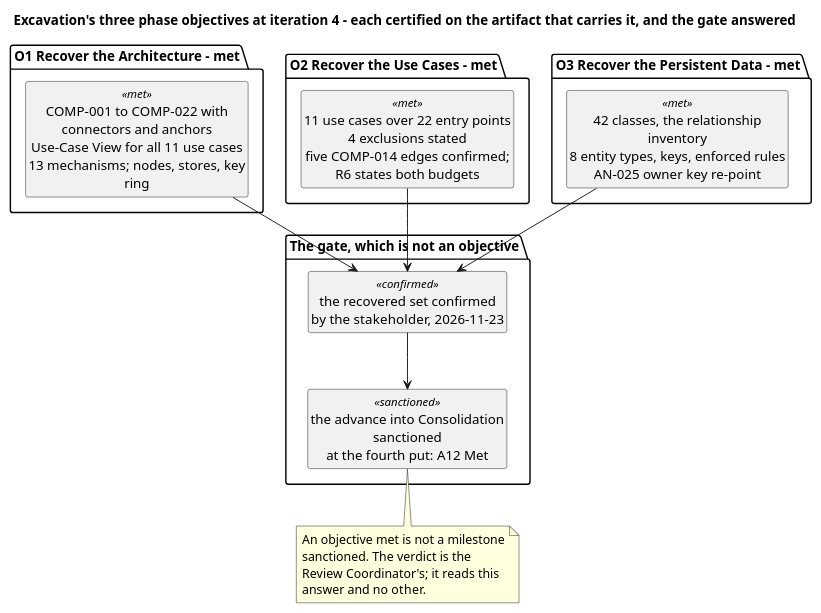
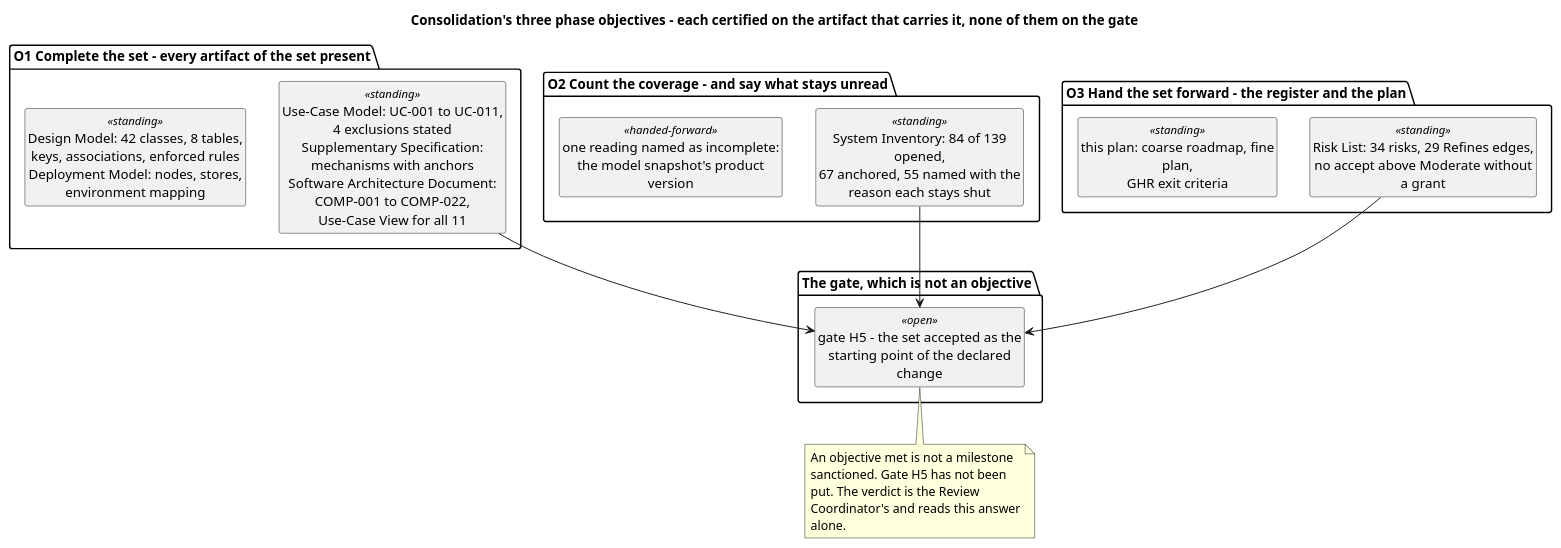
One commit to banense-test/TodoApp changed the first of 5 diagrams in docs/artifacts/project-management/iteration-plan.md. Above: the diagram before and after it, drawn with PlantUML. The commit also changed other lines of this file, not shown here.

First line of the commit message:
Project Manager [Consolidation1]: upsert Iteration Plan

````diff
--- a/docs/artifacts/project-management/iteration-plan.md
+++ b/docs/artifacts/project-management/iteration-plan.md
@@ -13,31 +13,32 @@
 ```plantuml
 @startuml
-title Excavation's three phase objectives at iteration 4 - each certified on the artifact that carries it, and the gate answered
+title Consolidation's three phase objectives - each certified on the artifact that carries it, none of them on the gate
 skinparam shadowing false
 skinparam wrapWidth 235
 hide circle
 hide empty members
 
-package "O1 Recover the Architecture - met" {
-  class "COMP-001 to COMP-022 with connectors and anchors\nUse-Case View for all 11 use cases\n13 mechanisms; nodes, stores, key ring" as O1 <<met>>
+package "O1 Complete the set - every artifact of the set present" {
+  class "Use-Case Model: UC-001 to UC-011,\n4 exclusions stated\nSupplementary Specification: mechanisms with anchors\nSoftware Architecture Document: COMP-001 to COMP-022,\nUse-Case View for all 11" as O1 <<standing>>
+  class "Design Model: 42 classes, 8 tables,\nkeys, associations, enforced rules\nDeployment Model: nodes, stores, environment mapping" as O1B <<standing>>
 }
-package "O2 Recover the Use Cases - met" {
-  class "11 use cases over 22 entry points\n4 exclusions stated\nfive COMP-014 edges confirmed; R6 states both budgets" as O2 <<met>>
+package "O2 Count the coverage - and say what stays unread" {
+  class "System Inventory: 84 of 139 opened,\n67 anchored, 55 named with the reason each stays shut" as O2 <<standing>>
+  class "one reading named as incomplete:\nthe model snapshot's product version" as O2B <<handed-forward>>
 }
-package "O3 Recover the Persistent Data - met" {
-  class "42 classes, the relationship inventory\n8 entity types, keys, enforced rules\nAN-025 owner key re-point" as O3 <<met>>
+package "O3 Hand the set forward - the register and the plan" {
+  class "Risk List: 34 risks, 29 Refines edges,\nno accept above Moderate without a grant" as O3 <<standing>>
+  class "this plan: coarse roadmap, fine plan,\nGHR exit criteria" as O3B <<standing>>
 }
 package "The gate, which is not an objective" {
-  class "the recovered set confirmed\nby the stakeholder, 2026-11-23" as CF <<confirmed>>
-  class "the advance into Consolidation sanctioned\nat the fourth put: A12 Met" as RF <<sanctioned>>
+  class "gate H5 - the set accepted as the\nstarting point of the declared change" as CF <<open>>
 }
 O1 --> CF
 O2 --> CF
 O3 --> CF
-CF --> RF
-note bottom of RF
-  An objective met is not a milestone sanctioned. The verdict is the
-  Review Coordinator's; it reads this answer and no other.
+note bottom of CF
+  An objective met is not a milestone sanctioned. Gate H5 has not been
+  put. The verdict is the Review Coordinator's and reads this answer alone.
 end note
 @enduml
 ```
````
